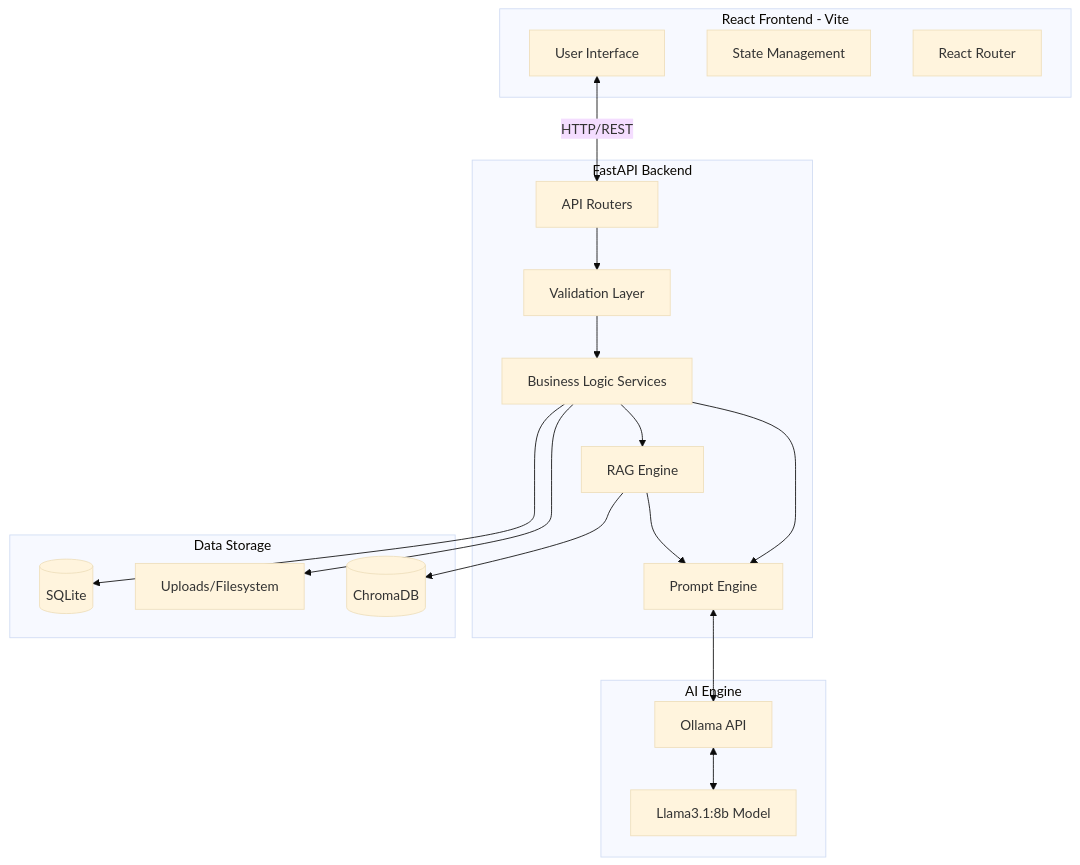
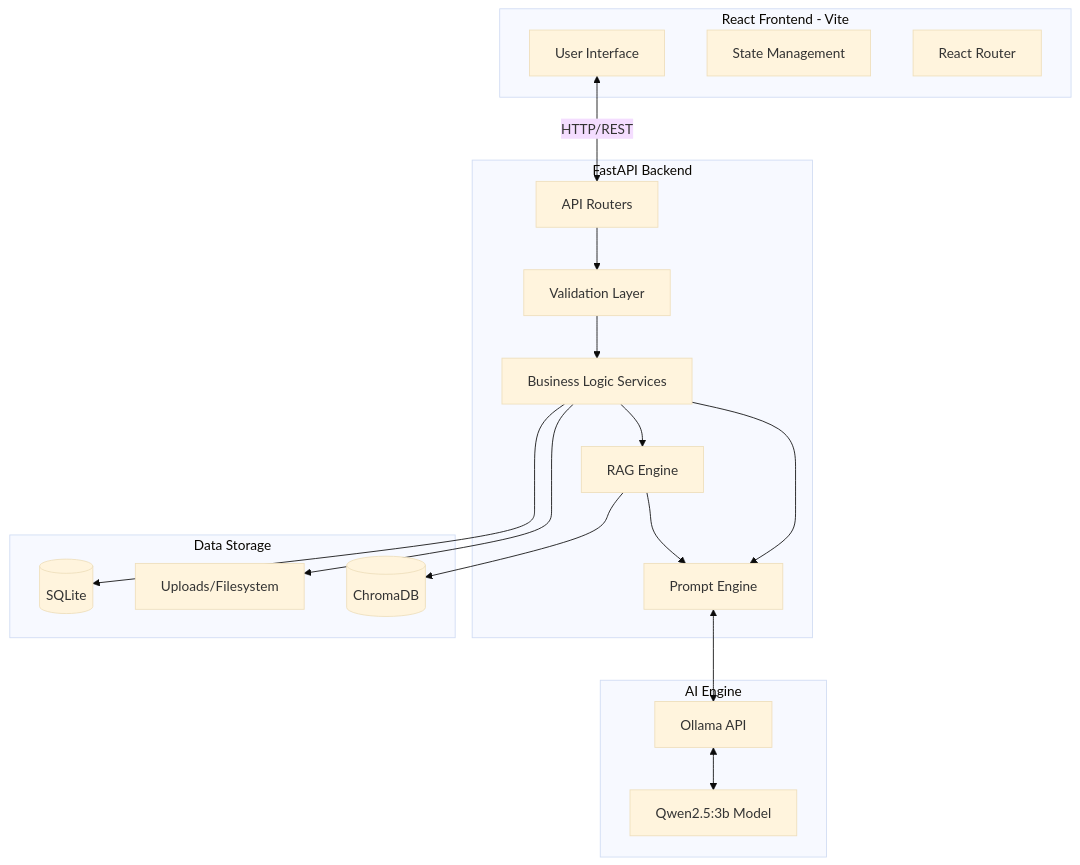
The diagram in README.md (Narasimha8888/K-HUB-chat-bot-), drawn with Mermaid (base theme) before and after one commit. The commit also changed other lines of this file and 1 other file, not shown here.

Commit message:
chanded ti qwen model

````diff
--- a/README.md
+++ b/README.md
@@ -95,42 +95,42 @@
 ```mermaid
 graph TD
     subgraph Frontend["React Frontend - Vite"]
         UI["User Interface"]
         State["State Management"]
         Router["React Router"]
     end
 
     subgraph Backend["FastAPI Backend"]
         API["API Routers"]
         Valid["Validation Layer"]
         Logic["Business Logic Services"]
         RAG["RAG Engine"]
         Prompt["Prompt Engine"]
     end
 
     subgraph Storage["Data Storage"]
         SQL[("SQLite")]
         Files["Uploads/Filesystem"]
         Chroma[("ChromaDB")]
     end
 
     subgraph AI["AI Engine"]
         Ollama["Ollama API"]
-        Llama["Llama3.1:8b Model"]
+        Qwen["Qwen2.5:3b Model"]
     end
 
     UI <-->|HTTP/REST| API
     API --> Valid
     Valid --> Logic
     
     Logic --> SQL
     Logic --> Files
     Logic --> RAG
     Logic --> Prompt
     
     RAG --> Chroma
     RAG --> Prompt
     
     Prompt <--> Ollama
-    Ollama <--> Llama
+    Ollama <--> Qwen
 ```
````
